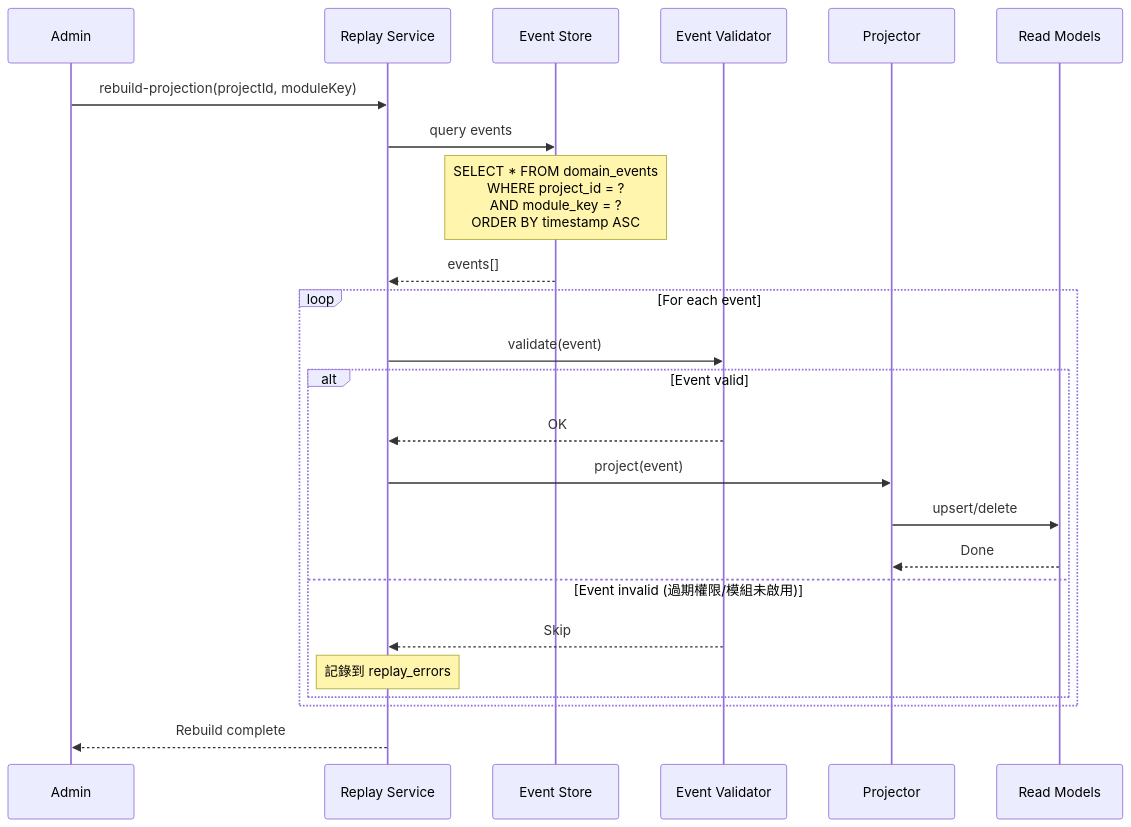
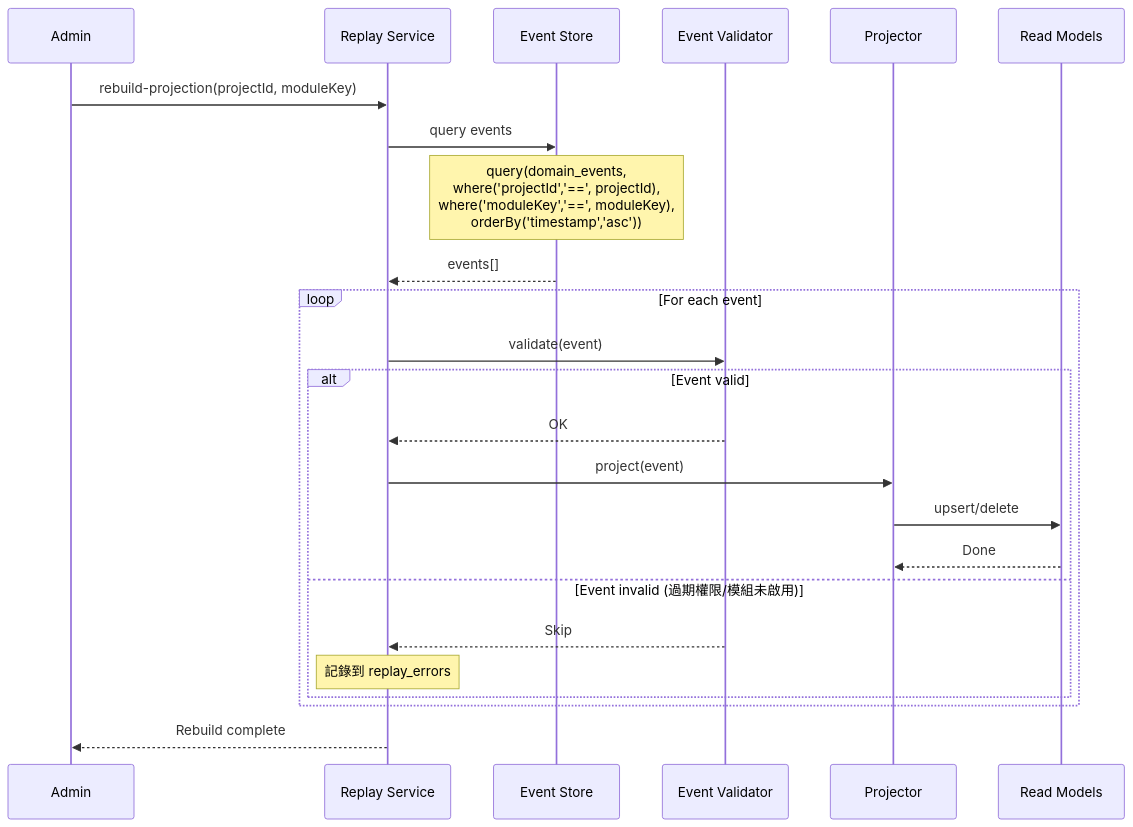
Before and after one commit to 7Spade/ng-dragon: the eighth of 9 diagrams in Mermaid-e.md, drawn with Mermaid. The commit also changed other lines of this file, not shown here.

Commit message:
docs: align mermaid architecture doc with firestore

````diff
--- a/Mermaid-e.md
+++ b/Mermaid-e.md
@@ -718,31 +718,31 @@
 ```mermaid
 sequenceDiagram
     participant Admin
     participant Replay as Replay Service
     participant Store as Event Store
     participant Validator as Event Validator
     participant Projector as Projector
     participant ReadModel as Read Models
     
     Admin->>Replay: rebuild-projection(projectId, moduleKey)
     Replay->>Store: query events
-    Note over Store: SELECT * FROM domain_events<br/>WHERE project_id = ?<br/>AND module_key = ?<br/>ORDER BY timestamp ASC
+    Note over Store: query(domain_events,<br/> where('projectId','==', projectId),<br/> where('moduleKey','==', moduleKey),<br/> orderBy('timestamp','asc'))
     
     Store-->>Replay: events[]
     
     loop For each event
         Replay->>Validator: validate(event)
         
         alt Event valid
             Validator-->>Replay: OK
             Replay->>Projector: project(event)
             Projector->>ReadModel: upsert/delete
             ReadModel-->>Projector: Done
         else Event invalid (過期權限/模組未啟用)
             Validator-->>Replay: Skip
             Note over Replay: 記錄到 replay_errors
         end
     end
     
     Replay-->>Admin: Rebuild complete
 ```
````
